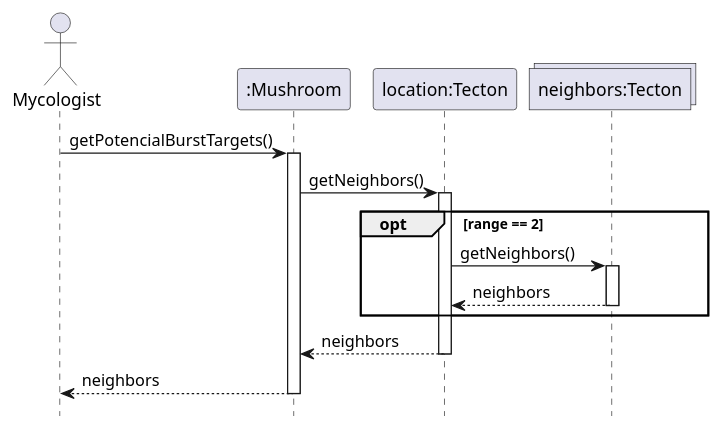
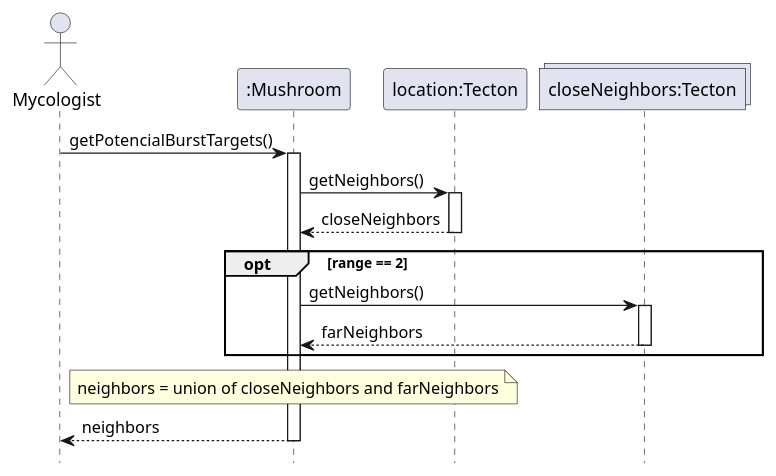
The diagram in Mushroom/get-target-tecton.pu (ZD4ve/projlab-error521), drawn with PlantUML before and after one commit.

```diff
--- a/Mushroom/get-target-tecton.pu
+++ b/Mushroom/get-target-tecton.pu
@@ -1,28 +1,27 @@
 @startuml Mushroom/get-target-tecton
 hide footbox
 
 actor Mycologist
 
 participant ":Mushroom" as mushroom
 participant "location:Tecton" as location
-collections "neighbors:Tecton" as neighbors
+collections "closeNeighbors:Tecton" as neighbors
 
 Mycologist -> mushroom : getPotencialBurstTargets()
 activate mushroom
 
 mushroom -> location : getNeighbors()
 activate location
 
+return closeNeighbors
 
-' TODO RECURSION END PARAMETER???
 opt range == 2
-    location -> neighbors : getNeighbors()
+    mushroom -> neighbors : getNeighbors()
     activate neighbors
-    return neighbors
+    return farNeighbors
 end
 
-return neighbors
-
+note over mushroom: neighbors = union of closeNeighbors and farNeighbors
 return neighbors
 
 @enduml
```
